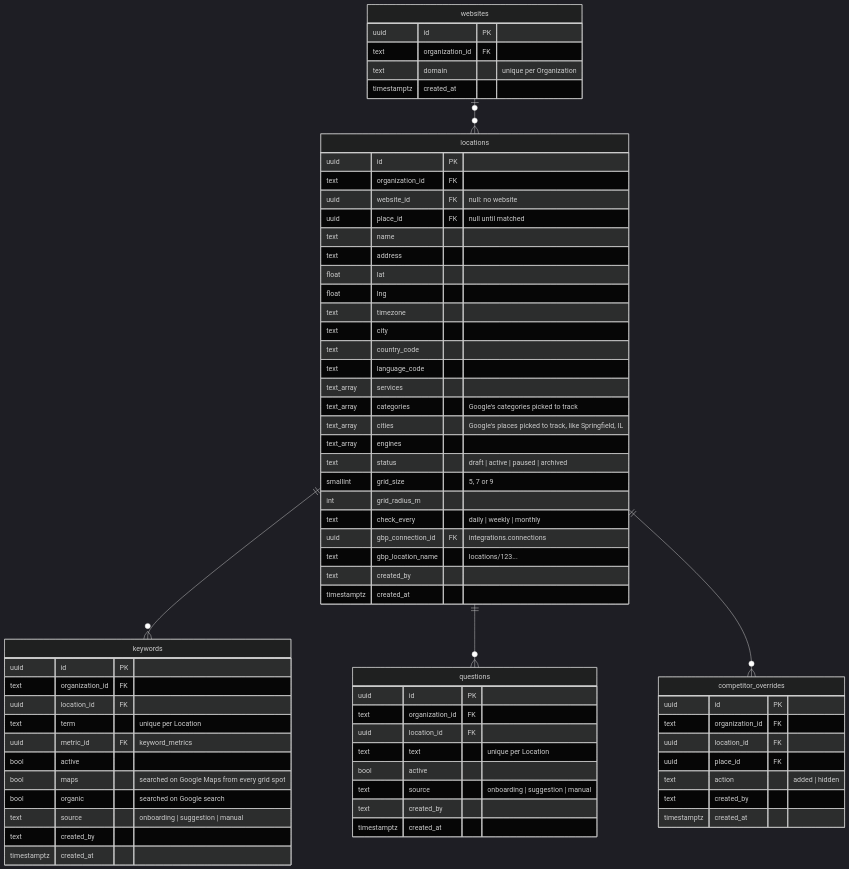
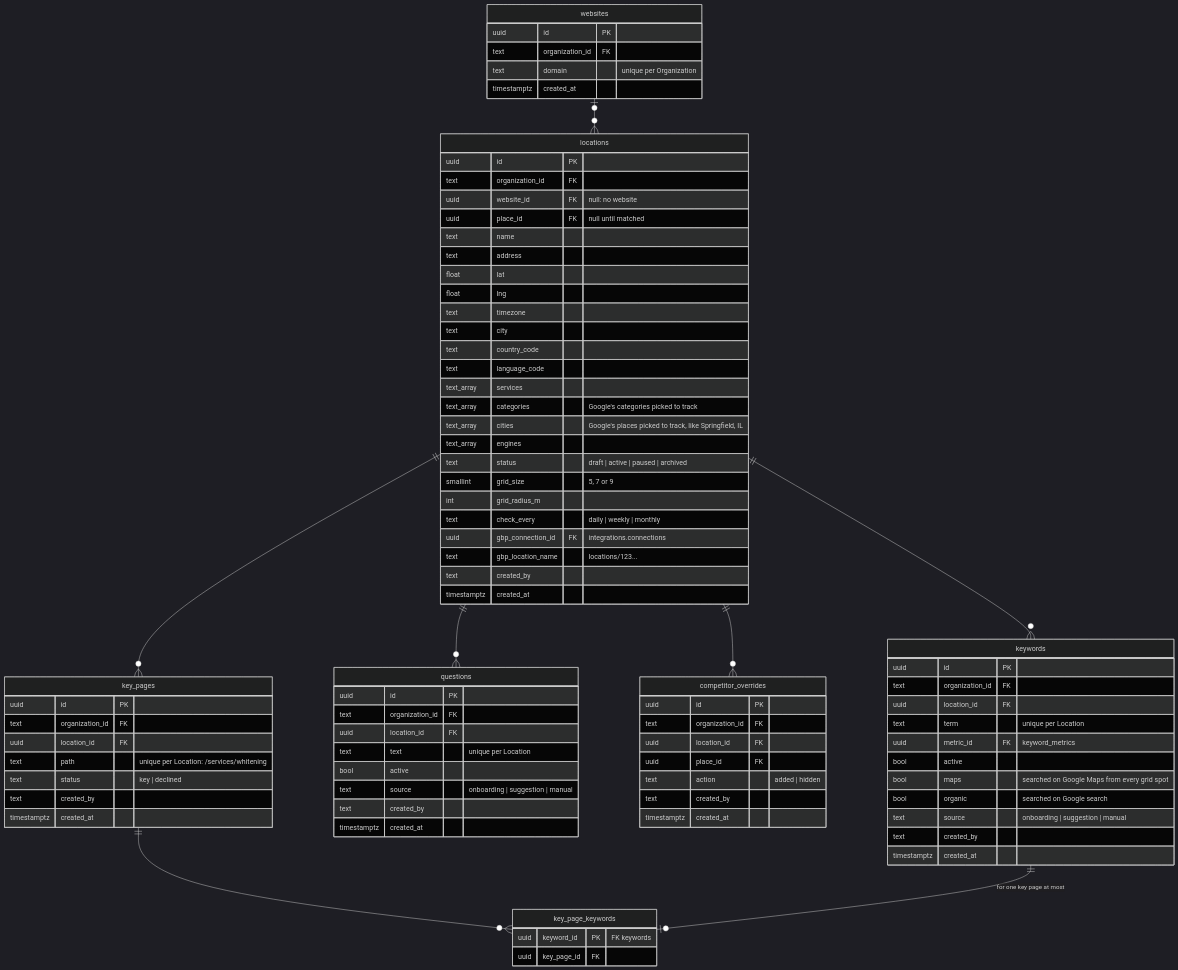
One commit to azizali/openmarko changed the third of 10 diagrams in docs/features/seo/data-model.md. Above: the diagram before and after it, drawn with Mermaid (dark theme). The commit also changed other lines of this file and 32 other files, not shown here.

First line of the commit message:
feat(seo): key pages in the Site audit, with the links to add to them

````diff
--- a/docs/features/seo/data-model.md
+++ b/docs/features/seo/data-model.md
@@ -143,6 +143,9 @@
     locations ||--o{ keywords : ""
     locations ||--o{ questions : ""
     locations ||--o{ competitor_overrides : ""
+    locations ||--o{ key_pages : ""
+    key_pages ||--o{ key_page_keywords : ""
+    keywords ||--o| key_page_keywords : "for one key page at most"
 
     websites {
         uuid id PK
@@ -208,4 +211,17 @@
         text created_by
         timestamptz created_at
     }
+    key_pages {
+        uuid id PK
+        text organization_id FK
+        uuid location_id FK
+        text path "unique per Location: /services/whitening"
+        text status "key | declined"
+        text created_by
+        timestamptz created_at
+    }
+    key_page_keywords {
+        uuid keyword_id PK "FK keywords"
+        uuid key_page_id FK
+    }
 ```
````
